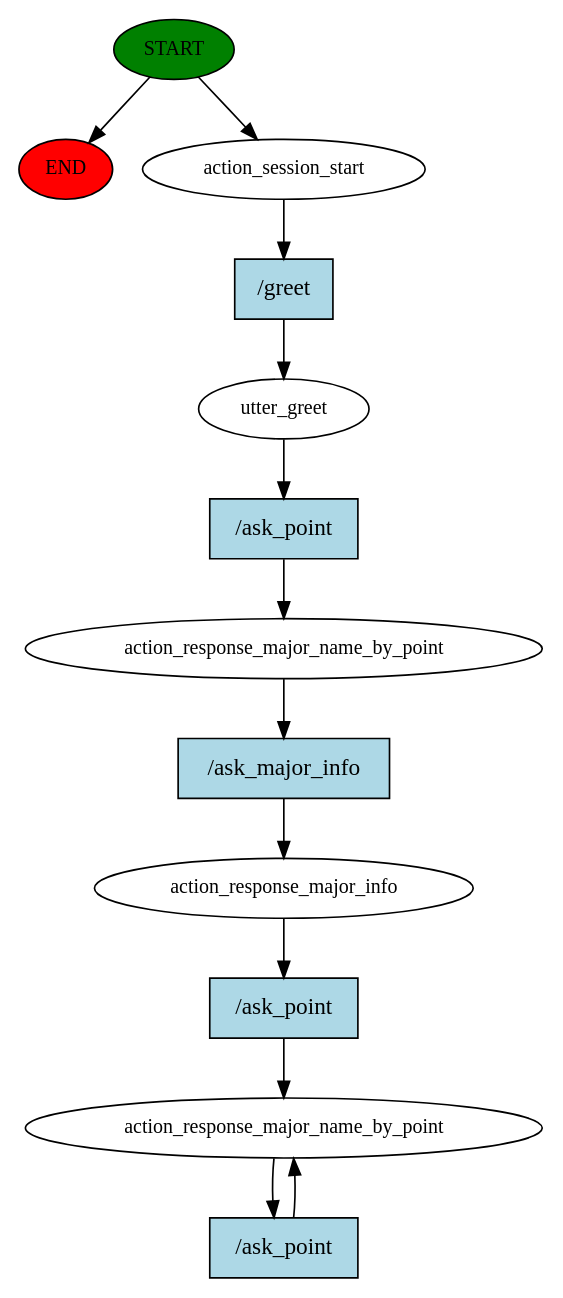
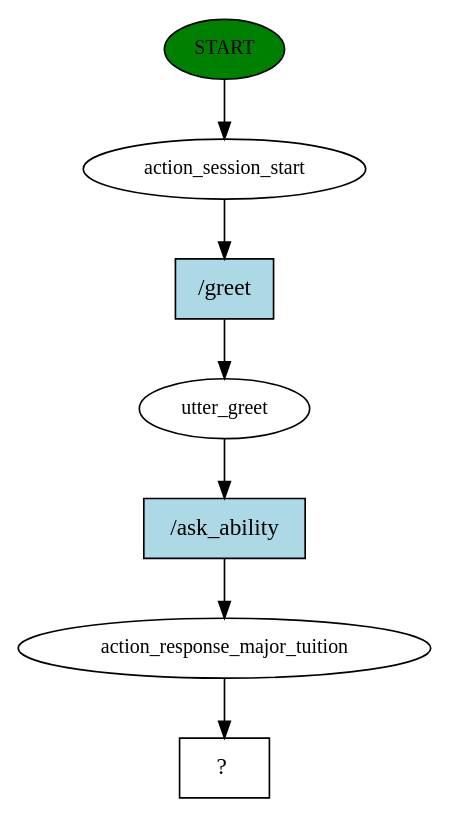
Before and after one commit to Jester6136/Edubot: the diagram in story_graph.dot, drawn with Graphviz. The commit also changed 7 other files, not shown here.

```diff
--- a/story_graph.dot
+++ b/story_graph.dot
@@ -1,26 +1,15 @@
 digraph  {
 0 [class="start active", fillcolor=green, fontsize=12, label=START, style=filled];
-"-1" [class=end, fillcolor=red, fontsize=12, label=END, style=filled];
 1 [class=active, fontsize=12, label=action_session_start];
 2 [class=active, fontsize=12, label=utter_greet];
-3 [class=active, fontsize=12, label=action_response_major_name_by_point];
-4 [class=active, fontsize=12, label=action_response_major_info];
-5 [class="active dashed", fontsize=12, label=action_response_major_name_by_point];
-7 [class="intent active", fillcolor=lightblue, label="/greet", shape=rect, style=filled];
-8 [class="intent active", fillcolor=lightblue, label="/ask_point", shape=rect, style=filled];
-9 [class="intent active", fillcolor=lightblue, label="/ask_major_info", shape=rect, style=filled];
-10 [class="intent active", fillcolor=lightblue, label="/ask_point", shape=rect, style=filled];
-11 [class="intent active", fillcolor=lightblue, label="/ask_point", shape=rect, style=filled];
-0 -> "-1"  [class="", key=NONE, label=""];
+3 [class=active, fontsize=12, label=action_response_major_tuition];
+4 [class="intent dashed active", label="  ?  ", shape=rect];
+5 [class="intent active", fillcolor=lightblue, label="/greet", shape=rect, style=filled];
+6 [class="intent active", fillcolor=lightblue, label="/ask_ability", shape=rect, style=filled];
 0 -> 1  [class=active, key=NONE, label=""];
-1 -> 7  [class=active, key=0];
-2 -> 8  [class=active, key=0];
-3 -> 9  [class=active, key=0];
-4 -> 10  [class=active, key=0];
-5 -> 11  [class=active, key=0];
-7 -> 2  [class=active, key=0];
-8 -> 3  [class=active, key=0];
-9 -> 4  [class=active, key=0];
-10 -> 5  [class=active, key=0];
-11 -> 5  [class=active, key=0];
+1 -> 5  [class=active, key=0];
+2 -> 6  [class=active, key=0];
+3 -> 4  [class=active, key=NONE, label=""];
+5 -> 2  [class=active, key=0];
+6 -> 3  [class=active, key=0];
 }
```
